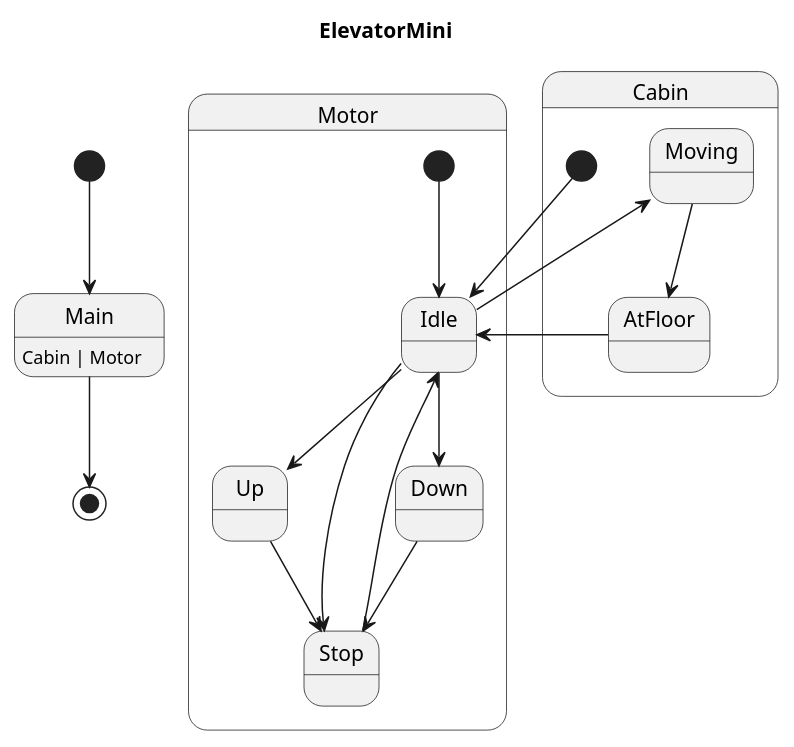
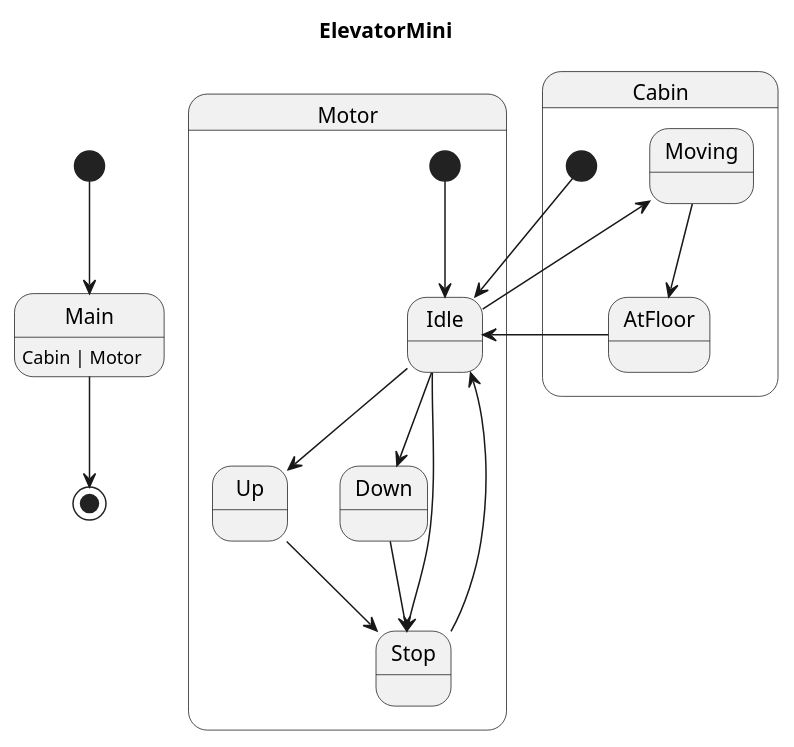
Before and after one commit to Pastor/Takt: the diagram in examples/generated/plantuml/elevator_mini.puml, drawn with PlantUML. The commit also changed other lines of this file and 18 other files, not shown here.

```diff
--- a/examples/generated/plantuml/elevator_mini.puml
+++ b/examples/generated/plantuml/elevator_mini.puml
@@ -1,25 +1,25 @@
 @startuml
 title ElevatorMini
 
 [*] --> Main
 Main : Cabin | Motor
 Main --> [*]
 
 state Motor {
     [*] --> Idle
-    Up --> Stop
-    Down --> Stop
-    Stop --> Idle
     Idle --> Up
     Idle --> Down
     Idle --> Stop
+    Stop --> Idle
+    Up --> Stop
+    Down --> Stop
 }
 
 state Cabin {
     [*] --> Idle
+    AtFloor --> Idle
+    Moving --> AtFloor
     Idle --> Moving
-    Moving --> AtFloor
-    AtFloor --> Idle
 }
 
 @enduml
```
